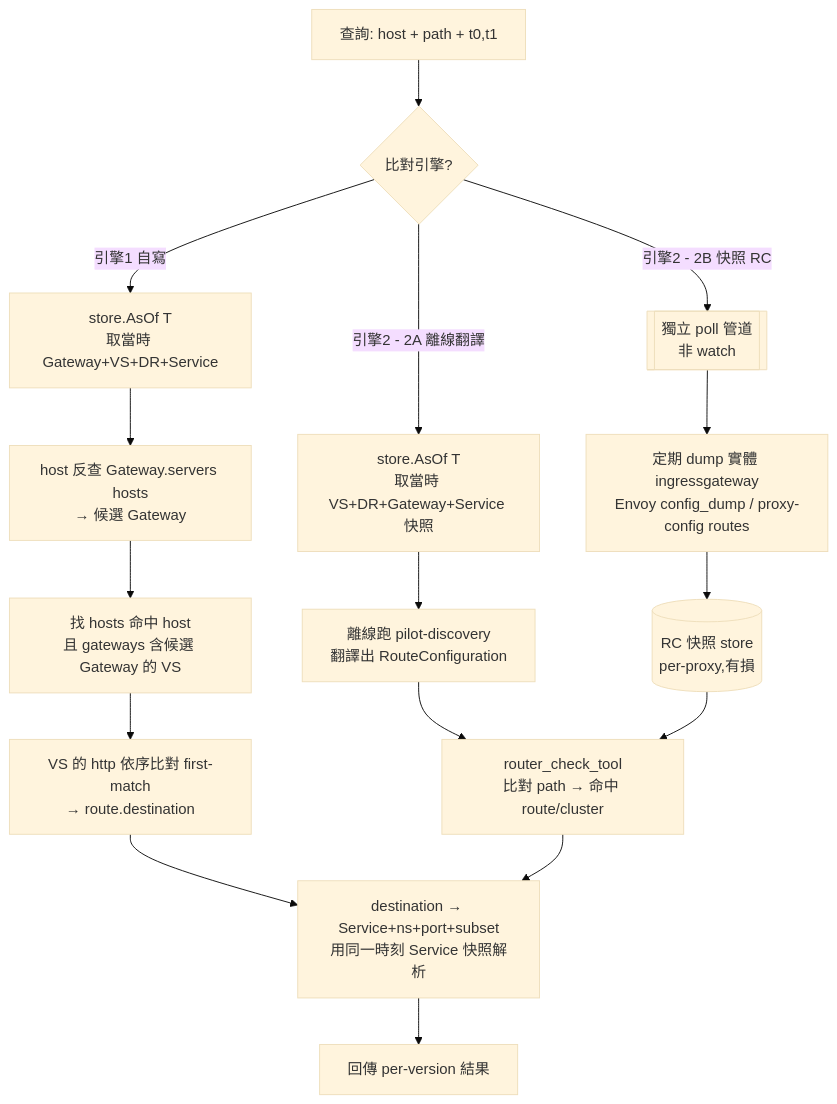
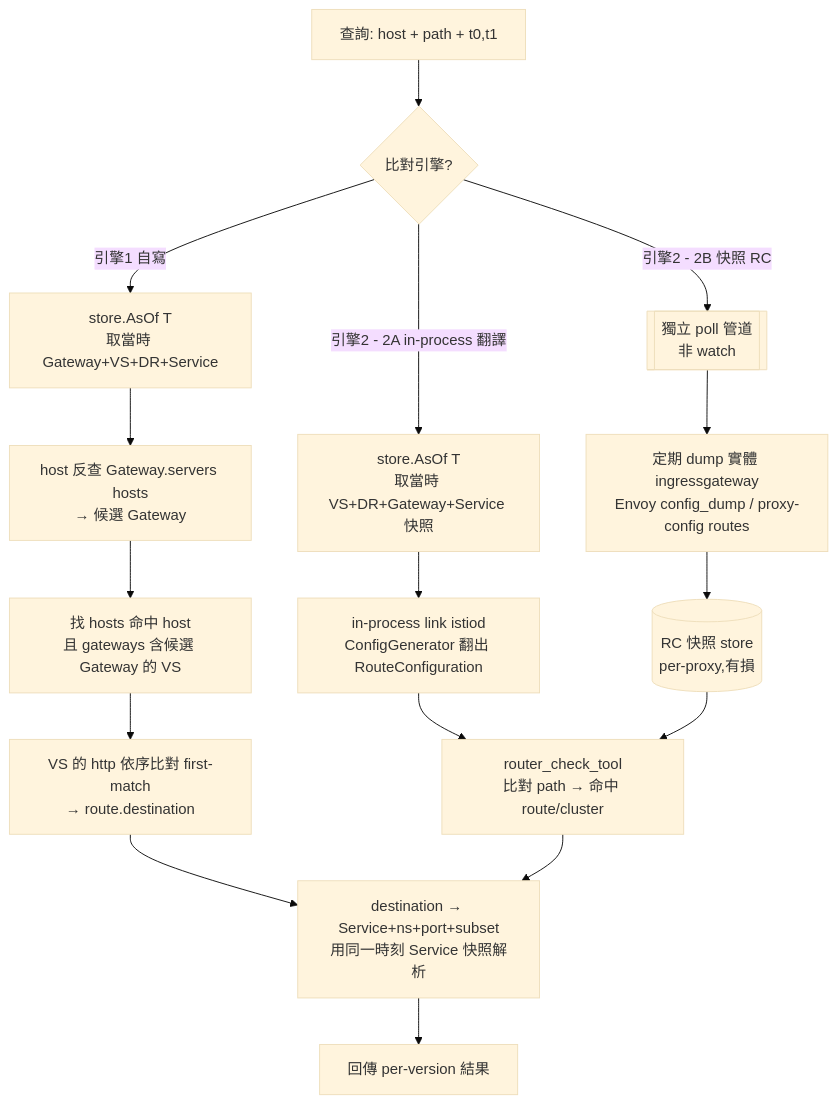
Before and after one commit to jcswiftie13/custom-k8s-resource-metadata-watcher: the fifth of 5 diagrams in docs/istio-virtualservice-routing-history-design.md, drawn with Mermaid (base theme). The commit also changed other lines of this file and 22 other files, not shown here.

````diff
--- a/docs/istio-virtualservice-routing-history-design.md
+++ b/docs/istio-virtualservice-routing-history-design.md
@@ -113,22 +114,22 @@
 ```mermaid
 graph TD
     Q[查詢: host + path + t0,t1] --> R{比對引擎?}
 
     R -->|引擎1 自寫| S1[store.AsOf T<br/>取當時 Gateway+VS+DR+Service]
     S1 --> S2[host 反查 Gateway.servers hosts<br/>→ 候選 Gateway]
     S2 --> S3[找 hosts 命中 host<br/>且 gateways 含候選 Gateway 的 VS]
     S3 --> S4[VS 的 http 依序比對 first-match<br/>→ route.destination]
 
-    R -->|引擎2 - 2A 離線翻譯| T1[store.AsOf T<br/>取當時 VS+DR+Gateway+Service 快照]
-    T1 --> T2[離線跑 pilot-discovery<br/>翻譯出 RouteConfiguration]
+    R -->|引擎2 - 2A in-process 翻譯| T1[store.AsOf T<br/>取當時 VS+DR+Gateway+Service 快照]
+    T1 --> T2[in-process link istiod<br/>ConfigGenerator 翻出 RouteConfiguration]
     T2 --> U[router_check_tool<br/>比對 path → 命中 route/cluster]
 
     R -->|引擎2 - 2B 快照 RC| V1[[獨立 poll 管道<br/>非 watch]]
     V1 --> V2[定期 dump 實體 ingressgateway<br/>Envoy config_dump / proxy-config routes]
     V2 --> V3[(RC 快照 store<br/>per-proxy,有損)]
     V3 --> U
 
     S4 --> W[destination → Service+ns+port+subset<br/>用同一時刻 Service 快照解析]
     U --> W
     W --> X[回傳 per-version 結果]
 ```
````
